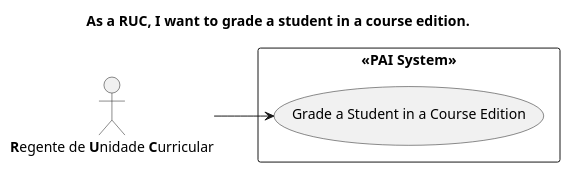
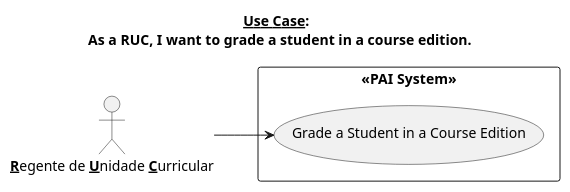
Before and after one commit to GasparISEP/DevOps-PAI: the diagram in docs/US22/REST_API/ScenarioView/Level1.puml, drawn with PlantUML. The commit also changed 4 other files, not shown here.

Commit message:
Refs #642: Refactor of US22-Sprint6 Diagrams considering corrections advised by professors

```diff
--- a/docs/US22/REST_API/ScenarioView/Level1.puml
+++ b/docs/US22/REST_API/ScenarioView/Level1.puml
@@ -1,15 +1,15 @@
 @startuml
 
 left to right direction
 
-title As a RUC, I want to grade a student in a course edition.
+title __Use Case__: \n As a RUC, I want to grade a student in a course edition.
 
-actor RUC as "**R**egente de **U**nidade **C**urricular"
+actor RUC as "**__R__**egente de **__U__**nidade **__C__**urricular"
 
 rectangle "<<PAI System>>" {
     usecase "Grade a Student in a Course Edition" as usecase
 }
 
 RUC --> usecase
 
 @enduml
```
